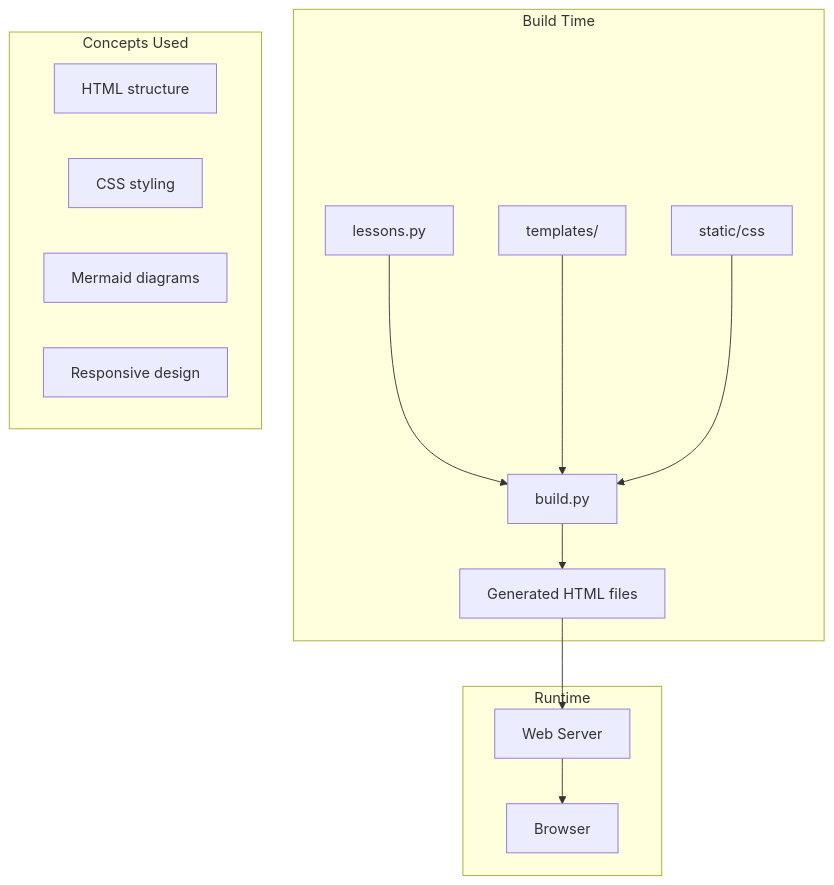
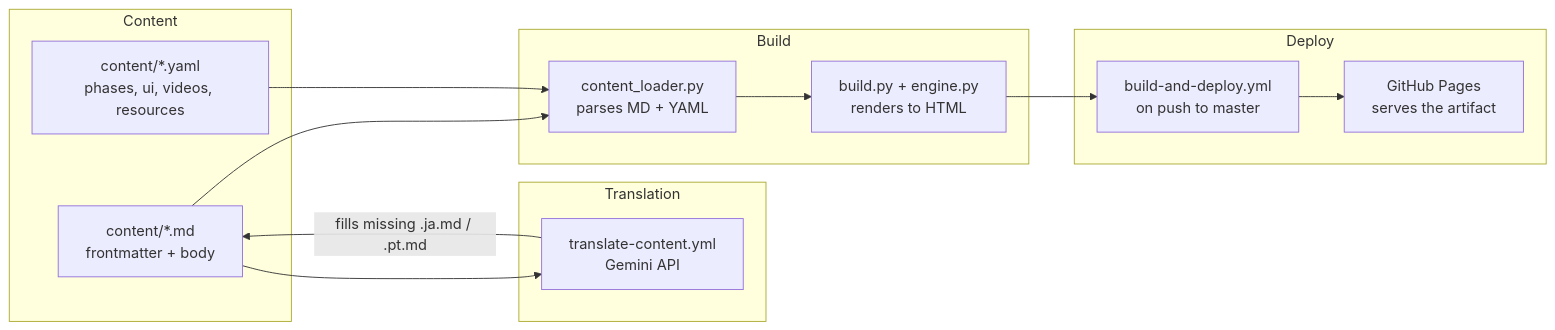
One commit to KakkoiDev/izumo-io changed the first of 2 diagrams in content/theory/r10.ja.md. Above: the diagram before and after it, drawn with Mermaid. The commit also changed other lines of this file and 135 other files, not shown here.

First line of the commit message:
Translate PT takeaways heading, add Git to T01, rewrite R10 for current architecture

````diff
--- a/content/theory/r10.ja.md
+++ b/content/theory/r10.ja.md
@@ -23,19 +13,25 @@
 ```mermaid
-flowchart TB
-    subgraph "Build Time"
-        A[lessons.py] --> B[build.py]
-        C[templates/] --> B
-        D[static/css] --> B
-        B --> E[Generated HTML files]
+flowchart LR
+    subgraph "Content"
+        A[content/*.md<br/>frontmatter + body]
+        B[content/*.yaml<br/>phases, ui, videos, resources]
     end
-    subgraph "Runtime"
-        E --> F[Web Server]
-        F --> G[Browser]
+    subgraph "Translation"
+        T[translate-content.yml<br/>Gemini API]
     end
-    subgraph "Concepts Used"
-        H[HTML structure]
-        I[CSS styling]
-        J[Mermaid diagrams]
-        K[Responsive design]
+    subgraph "Build"
+        C[content_loader.py<br/>parses MD + YAML]
+        D[build.py + engine.py<br/>renders to HTML]
     end
+    subgraph "Deploy"
+        E[build-and-deploy.yml<br/>on push to master]
+        F[GitHub Pages<br/>serves the artifact]
+    end
+    A --> T
+    T -->|fills missing .ja.md / .pt.md| A
+    A --> C
+    B --> C
+    C --> D
+    D --> E
+    E --> F
 ```
````
